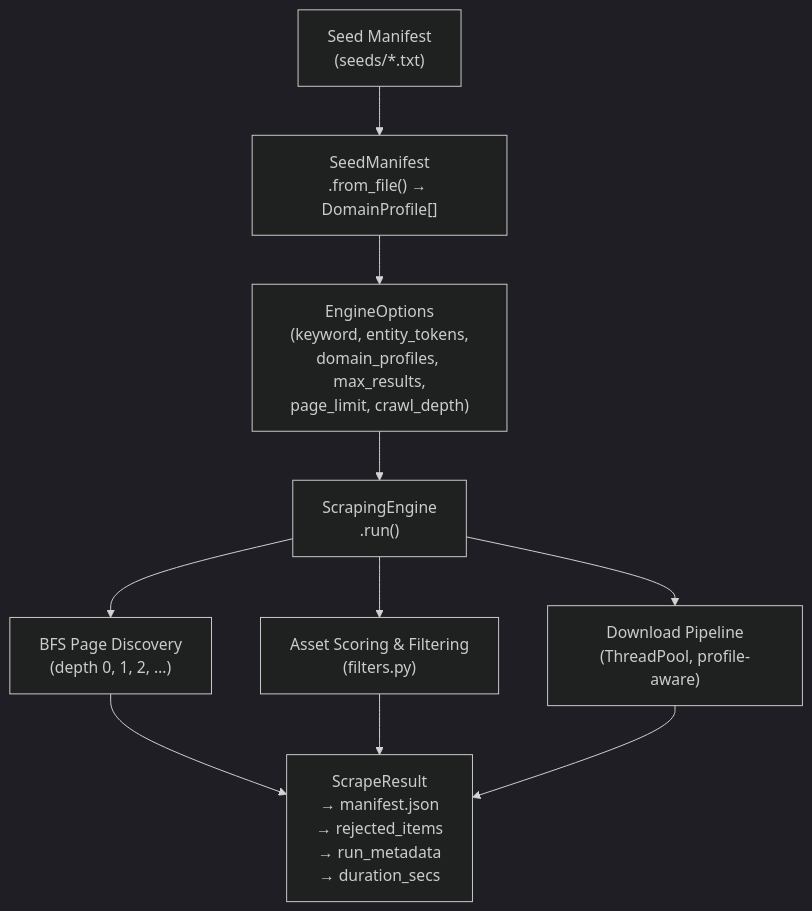
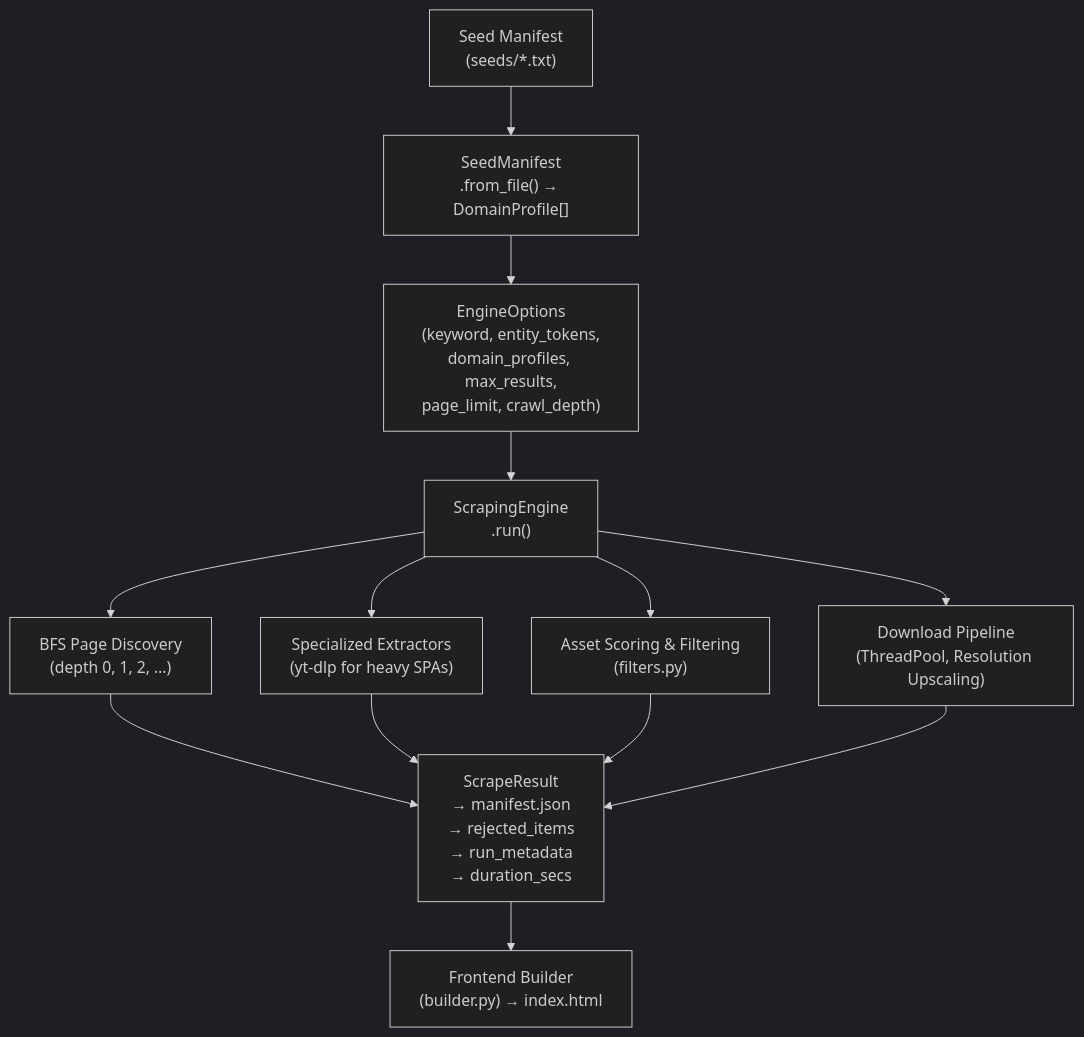
The first of 2 diagrams in docs/ARCHITECTURE.md (rhaffle87/scrAPE), drawn with Mermaid (dark theme) before and after one commit. The commit also changed other lines of this file and 46 other files, not shown here.

Commit message:
refactor: restructure project into modular architecture with dedicated CLI, scraper, and storage components

````diff
--- a/docs/ARCHITECTURE.md
+++ b/docs/ARCHITECTURE.md
@@ -5,17 +5,21 @@
 ```mermaid
 flowchart TD
     SM["Seed Manifest<br/>(seeds/*.txt)"]
     P["SeedManifest<br/>.from_file() → DomainProfile[]"]
     EO["EngineOptions<br/>(keyword, entity_tokens,<br/>domain_profiles, max_results,<br/>page_limit, crawl_depth)"]
     SE["ScrapingEngine<br/>.run()"]
     BF["BFS Page Discovery<br/>(depth 0, 1, 2, …)"]
-    AS["Asset Scoring &amp; Filtering<br/>(filters.py)"]
-    DL["Download Pipeline<br/>(ThreadPool, profile-aware)"]
+    SPE["Specialized Extractors<br/>(yt-dlp for heavy SPAs)"]
+    AS["Asset Scoring & Filtering<br/>(filters.py)"]
+    DL["Download Pipeline<br/>(ThreadPool, Resolution Upscaling)"]
     SR["ScrapeResult<br/>→ manifest.json<br/>→ rejected_items<br/>→ run_metadata<br/>→ duration_secs"]
+    FB["Frontend Builder<br/>(builder.py) → index.html"]
 
     SM --> P --> EO --> SE
-    SE --> BF & AS & DL
+    SE --> BF & SPE & AS & DL
     BF --> SR
+    SPE --> SR
     AS --> SR
     DL --> SR
+    SR --> FB
 ```
````
